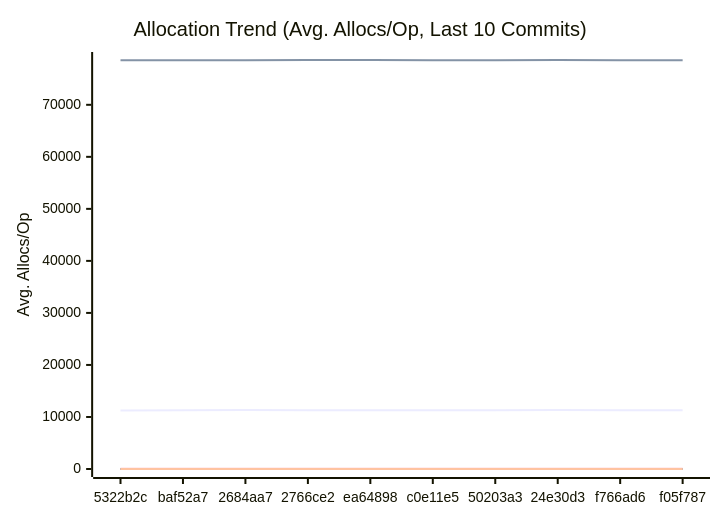
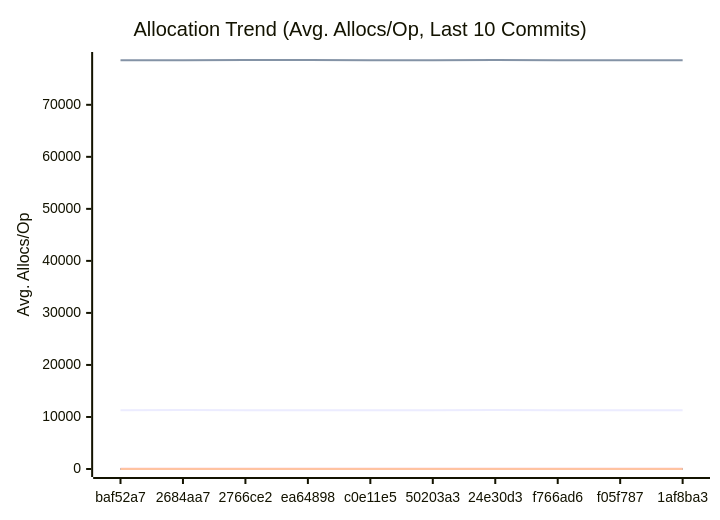
The third of 3 diagrams in docs/PERFORMANCE.md (alsotoes/momo), drawn with Mermaid before and after one commit. The commit also changed other lines of this file and 2 other files, not shown here.

````diff
--- a/docs/PERFORMANCE.md
+++ b/docs/PERFORMANCE.md
@@ -197,20 +197,20 @@
 ```mermaid
 xychart-beta
     title "Allocation Trend (Avg. Allocs/Op, Last 10 Commits)"
     x-axis "Commit"
     y-axis "Avg. Allocs/Op"
-    x-axis [5322b2c,baf52a7,2684aa7,2766ce2,ea64898,c0e11e5,50203a3,24e30d3,f766ad6,f05f787]
-    line "AWSChunkedReaderSigned" [11264,11269,11322,11314,11309,11288,11293,11324,11281,11276]
-    line "AWSChunkedReaderUnsigned" [78568,78569,78587,78599,78604,78570,78569,78612,78565,78564]
+    x-axis [baf52a7,2684aa7,2766ce2,ea64898,c0e11e5,50203a3,24e30d3,f766ad6,f05f787,1af8ba3]
+    line "AWSChunkedReaderSigned" [11269,11322,11314,11309,11288,11293,11324,11281,11276,11279]
+    line "AWSChunkedReaderUnsigned" [78569,78587,78599,78604,78570,78569,78612,78565,78564,78575]
     line "CheckMetricsAndSwap" [0,0,0,0,0,0,0,0,0,0]
     line "CrushOptimized" [0,0,0,0,0,0,0,0,0,0]
     line "CrushOriginal" [3,3,3,3,3,3,3,3,3,3]
     line "IndexDirectTracking" [0,0,0,0,0,0,0,0,0,0]
     line "IndexSearch" [0,0,0,0,0,0,0,0,0,0]
     line "LoadGlobalConfig" [54,54,54,54,54,54,54,54,54,54]
     line "PadString" [1,1,1,1,1,1,1,1,1,1]
     line "ParseReplicationOrder_NoPrealloc" [6,6,6,6,6,5,5,5,5,5]
     line "ParseReplicationOrder_Prealloc" [2,2,2,2,2,1,1,1,1,1]
     line "SanitizeLog/Safe" [0,0,0,0,0,0,0,0,0,0]
     line "SanitizeLog/Unsafe" [1,1,1,1,1,1,1,1,1,1]
 ```
````
